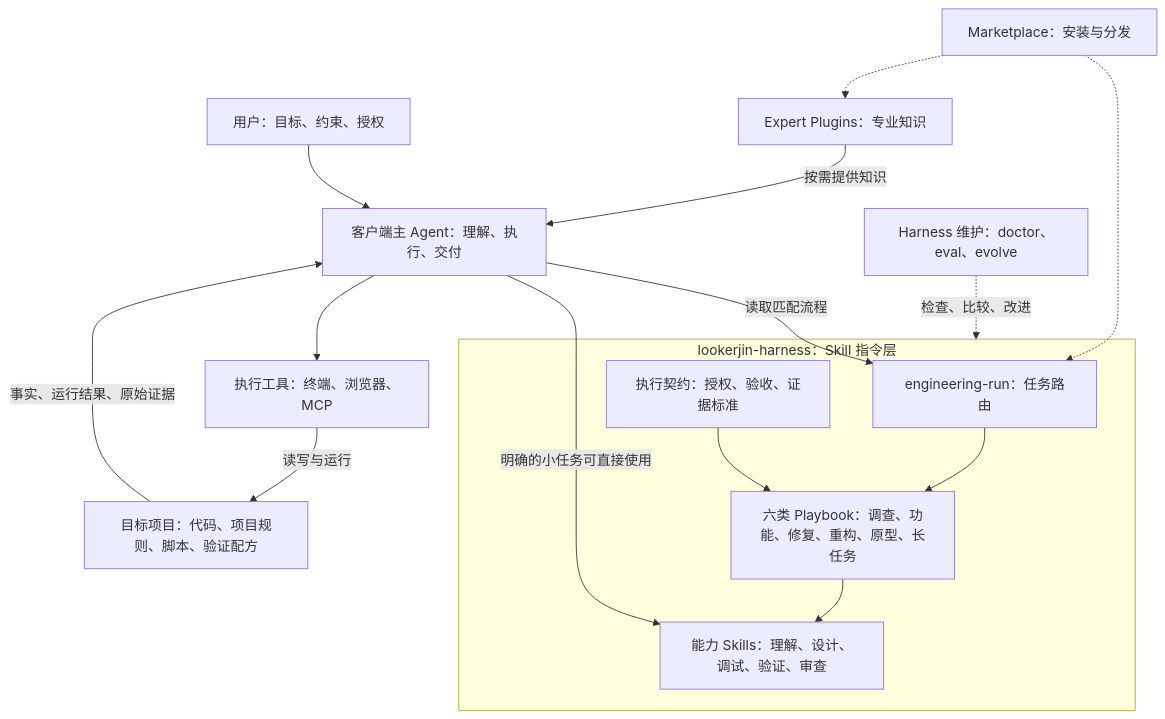
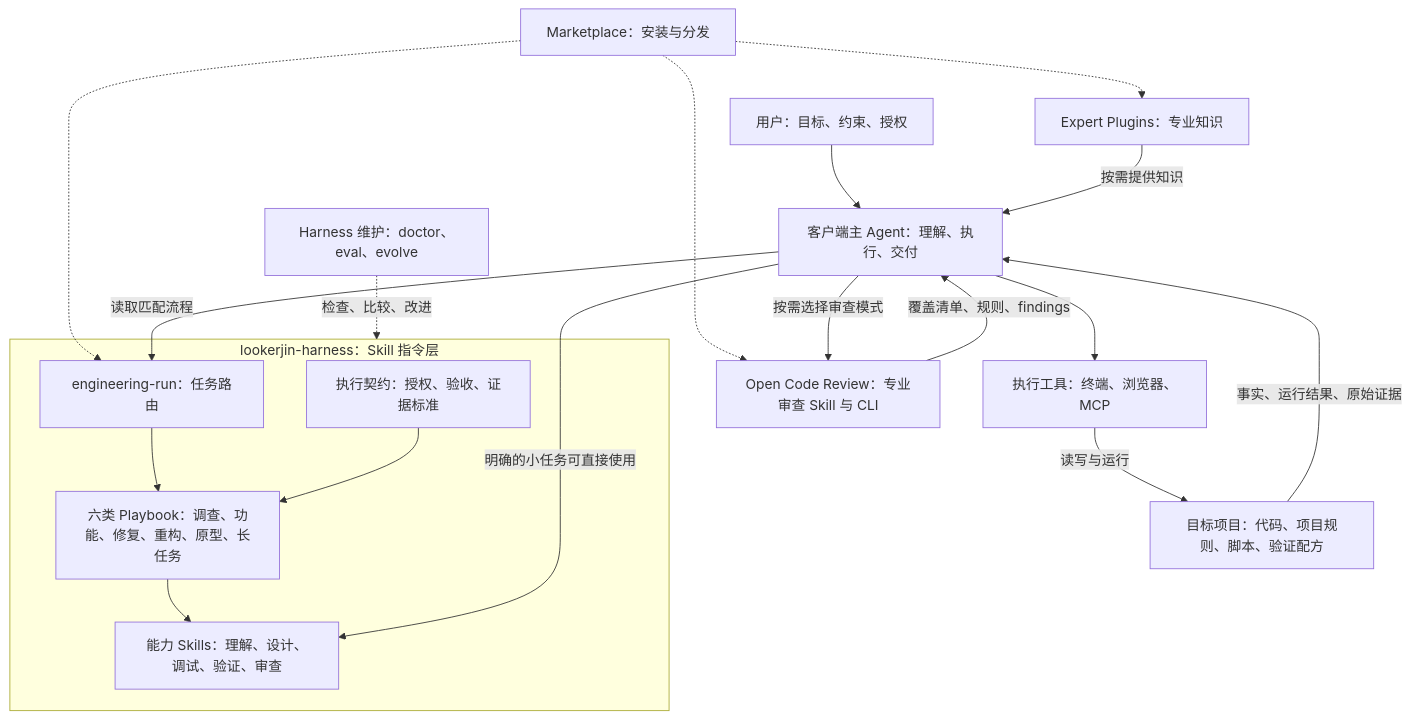
Before and after one commit to lookerjin/lookerjin-harness: the first of 2 diagrams in plugins/lookerjin-harness/docs/execution-core.md, drawn with Mermaid. The commit also changed other lines of this file and 8 other files, not shown here.

````diff
--- a/plugins/lookerjin-harness/docs/execution-core.md
+++ b/plugins/lookerjin-harness/docs/execution-core.md
@@ -9,20 +9,23 @@
 ```mermaid
 flowchart TD
     U["用户：目标、约束、授权"] --> A["客户端主 Agent：理解、执行、交付"]
     M["Marketplace：安装与分发"] -.-> R
     M -.-> E["Expert Plugins：专业知识"]
+    M -.-> O["Open Code Review：专业审查 Skill 与 CLI"]
     E -->|按需提供知识| A
 
     subgraph H["lookerjin-harness：Skill 指令层"]
         R["engineering-run：任务路由"] --> B["六类 Playbook：调查、功能、修复、重构、原型、长任务"]
         B --> S["能力 Skills：理解、设计、调试、验证、审查"]
         C["执行契约：授权、验收、证据标准"] --> B
     end
 
     A -->|读取匹配流程| R
     A -->|明确的小任务可直接使用| S
+    A -->|按需选择审查模式| O
+    O -->|覆盖清单、规则、findings| A
     A --> T["执行工具：终端、浏览器、MCP"]
     T -->|读写与运行| P["目标项目：代码、项目规则、脚本、验证配方"]
     P -->|事实、运行结果、原始证据| A
     F["Harness 维护：doctor、eval、evolve"] -.->|检查、比较、改进| H
 ```
````
